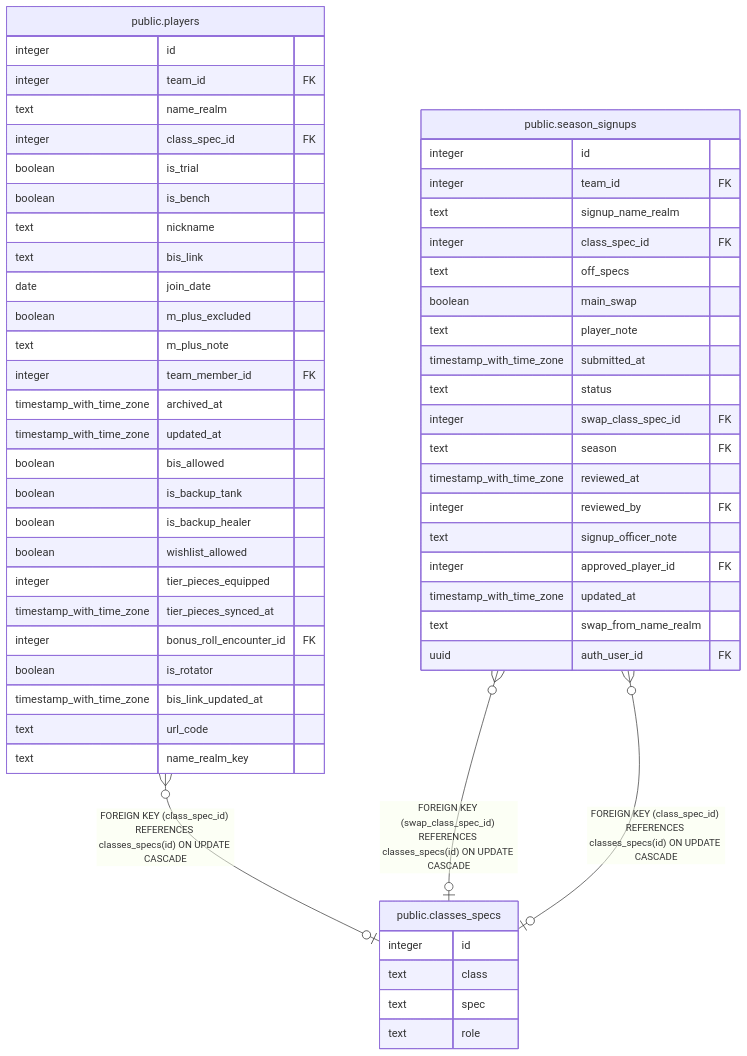
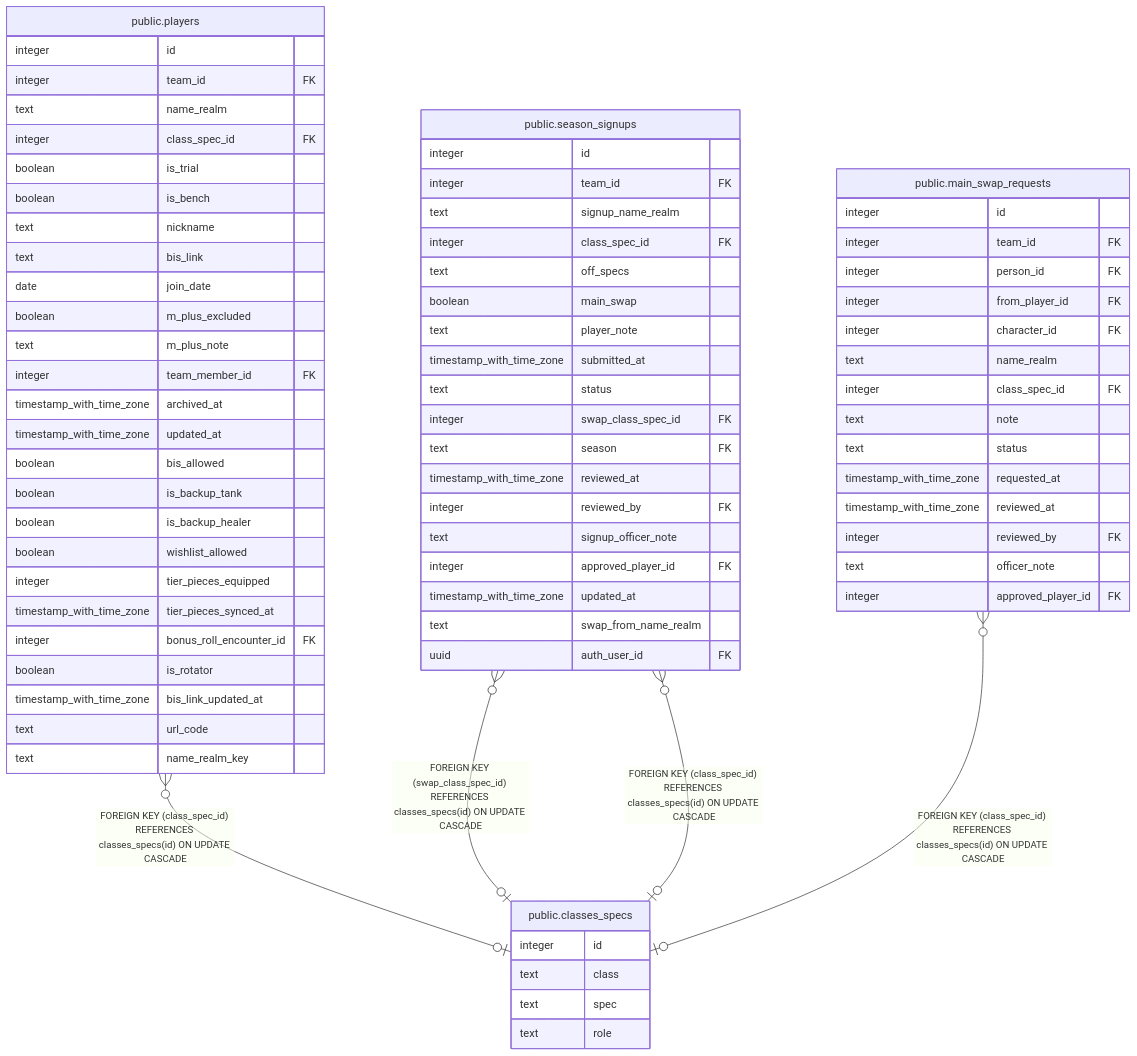
One commit to katogaming88/WGA-Raid-Hub changed the diagram in dbdoc/public.classes_specs.md. Above: the diagram before and after it, drawn with Mermaid. The commit also changed other lines of this file and 35 other files, not shown here.

First line of the commit message:
#942 step 5c: a raider can ask for a main swap any day (v3.130.0)

````diff
--- a/dbdoc/public.classes_specs.md
+++ b/dbdoc/public.classes_specs.md
@@ -31,61 +31,78 @@
 ```mermaid
 erDiagram
 
 "public.players" }o--o| "public.classes_specs" : "FOREIGN KEY (class_spec_id) REFERENCES classes_specs(id) ON UPDATE CASCADE"
 "public.season_signups" }o--o| "public.classes_specs" : "FOREIGN KEY (swap_class_spec_id) REFERENCES classes_specs(id) ON UPDATE CASCADE"
 "public.season_signups" }o--o| "public.classes_specs" : "FOREIGN KEY (class_spec_id) REFERENCES classes_specs(id) ON UPDATE CASCADE"
+"public.main_swap_requests" }o--o| "public.classes_specs" : "FOREIGN KEY (class_spec_id) REFERENCES classes_specs(id) ON UPDATE CASCADE"
 
 "public.classes_specs" {
   integer id
   text class
   text spec
   text role
 }
 "public.players" {
   integer id
   integer team_id FK
   text name_realm
   integer class_spec_id FK
   boolean is_trial
   boolean is_bench
   text nickname
   text bis_link
   date join_date
   boolean m_plus_excluded
   text m_plus_note
   integer team_member_id FK
   timestamp_with_time_zone archived_at
   timestamp_with_time_zone updated_at
   boolean bis_allowed
   boolean is_backup_tank
   boolean is_backup_healer
   boolean wishlist_allowed
   integer tier_pieces_equipped
   timestamp_with_time_zone tier_pieces_synced_at
   integer bonus_roll_encounter_id FK
   boolean is_rotator
   timestamp_with_time_zone bis_link_updated_at
   text url_code
   text name_realm_key
 }
 "public.season_signups" {
   integer id
   integer team_id FK
   text signup_name_realm
   integer class_spec_id FK
   text off_specs
   boolean main_swap
   text player_note
   timestamp_with_time_zone submitted_at
   text status
   integer swap_class_spec_id FK
   text season FK
   timestamp_with_time_zone reviewed_at
   integer reviewed_by FK
   text signup_officer_note
   integer approved_player_id FK
   timestamp_with_time_zone updated_at
   text swap_from_name_realm
   uuid auth_user_id FK
 }
+"public.main_swap_requests" {
+  integer id
+  integer team_id FK
+  integer person_id FK
+  integer from_player_id FK
+  integer character_id FK
+  text name_realm
+  integer class_spec_id FK
+  text note
+  text status
+  timestamp_with_time_zone requested_at
+  timestamp_with_time_zone reviewed_at
+  integer reviewed_by FK
+  text officer_note
+  integer approved_player_id FK
+}
 ```
````
